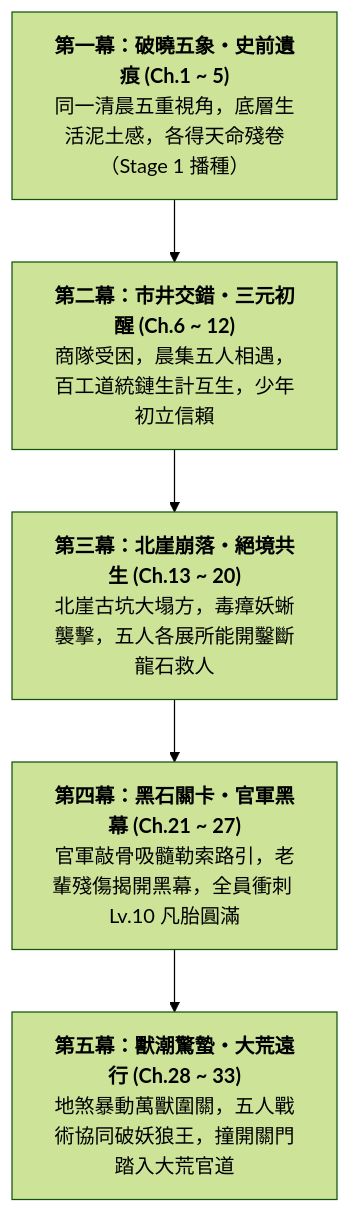
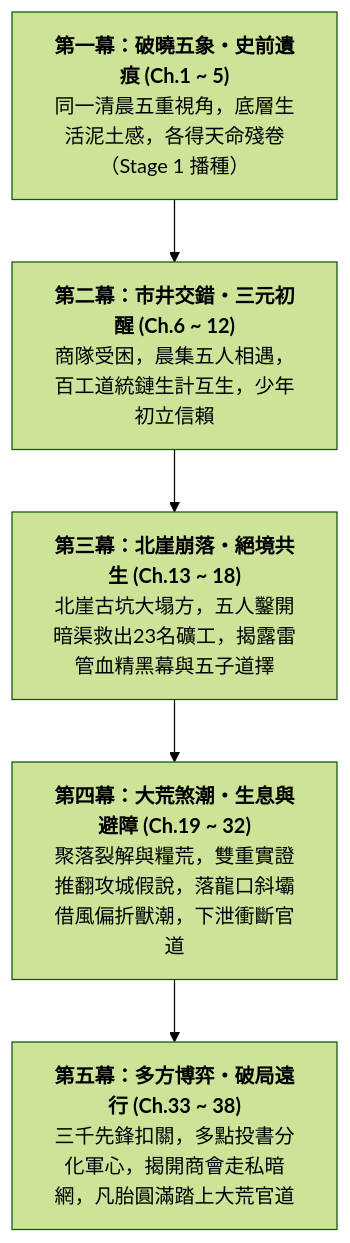
Before and after one commit to wade-fs/mudscript: the diagram in forgotten-space/narrative/volume1.md, drawn with Mermaid (forest theme). The commit also changed other lines of this file and 6 other files, not shown here.

````diff
--- a/forgotten-space/narrative/volume1.md
+++ b/forgotten-space/narrative/volume1.md
@@ -36,10 +36,10 @@
 ```mermaid
 flowchart TD
     Act1["<b>第一幕：破曉五象・史前遺痕 (Ch.1 ~ 5)</b><br>同一清晨五重視角，底層生活泥土感，各得天命殘卷（Stage 1 播種）"]
     Act2["<b>第二幕：市井交錯・三元初醒 (Ch.6 ~ 12)</b><br>商隊受困，晨集五人相遇，百工道統鏈生計互生，少年初立信賴"]
-    Act3["<b>第三幕：北崖崩落・絕境共生 (Ch.13 ~ 20)</b><br>北崖古坑大塌方，毒瘴妖蜥襲擊，五人各展所能開鑿斷龍石救人"]
-    Act4["<b>第四幕：黑石關卡・官軍黑幕 (Ch.21 ~ 27)</b><br>官軍敲骨吸髓勒索路引，老輩殘傷揭開黑幕，全員衝刺 Lv.10 凡胎圓滿"]
-    Act5["<b>第五幕：獸潮驚蟄・大荒遠行 (Ch.28 ~ 33)</b><br>地煞暴動萬獸圍關，五人戰術協同破妖狼王，撞開關門踏入大荒官道"]
+    Act3["<b>第三幕：北崖崩落・絕境共生 (Ch.13 ~ 18)</b><br>北崖古坑大塌方，五人鑿開暗渠救出23名礦工，揭露雷管血精黑幕與五子道擇"]
+    Act4["<b>第四幕：大荒煞潮・生息與避障 (Ch.19 ~ 32)</b><br>聚落裂解與糧荒，雙重實證推翻攻城假說，落龍口斜壩借風偏折獸潮，下泄衝斷官道"]
+    Act5["<b>第五幕：多方博弈・破局遠行 (Ch.33 ~ 38)</b><br>三千先鋒扣關，多點投書分化軍心，揭開商會走私暗網，凡胎圓滿踏上大荒官道"]
 
     Act1 --> Act2 --> Act3 --> Act4 --> Act5
 ```
````
